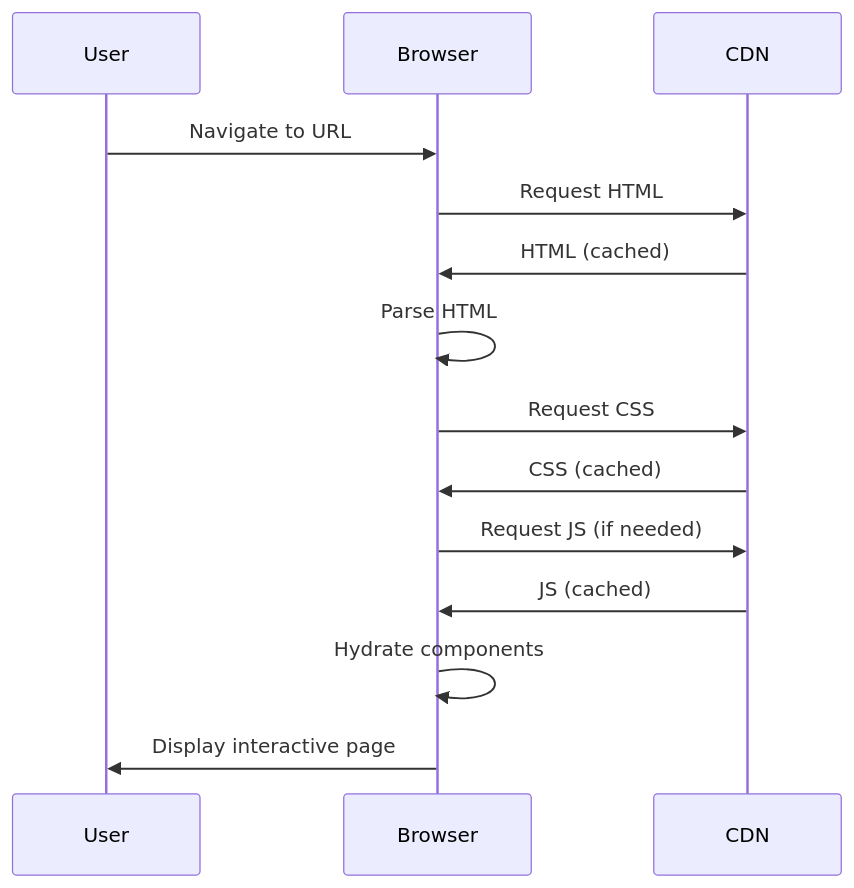
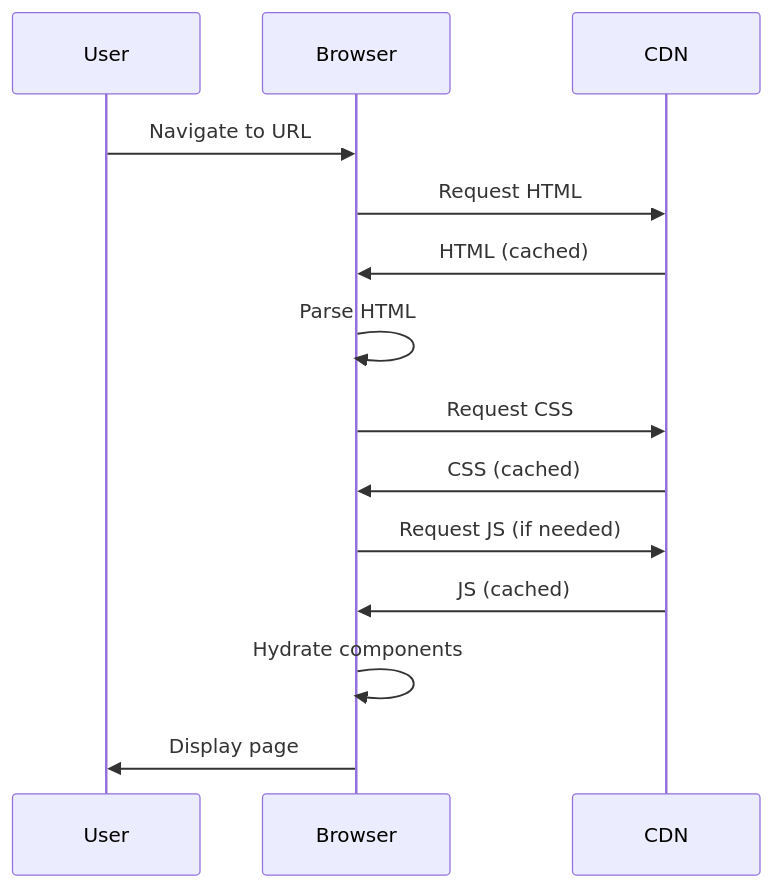
Before and after one commit to chrislyons-dev/home: the third of 6 diagrams in docs/architecture/overview.md, drawn with Mermaid. The commit also changed other lines of this file and 30 other files, not shown here.

````diff
--- a/docs/architecture/overview.md
+++ b/docs/architecture/overview.md
@@ -112,17 +107,17 @@
 ```mermaid
 sequenceDiagram
     participant User
     participant Browser
     participant CDN
 
     User->>Browser: Navigate to URL
     Browser->>CDN: Request HTML
     CDN->>Browser: HTML (cached)
     Browser->>Browser: Parse HTML
     Browser->>CDN: Request CSS
     CDN->>Browser: CSS (cached)
     Browser->>CDN: Request JS (if needed)
     CDN->>Browser: JS (cached)
     Browser->>Browser: Hydrate components
-    Browser->>User: Display interactive page
+    Browser->>User: Display page
 ```
````
